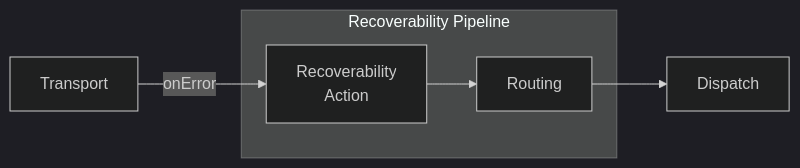
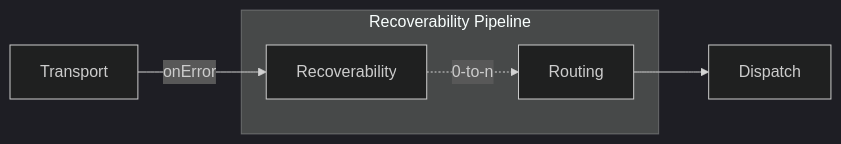
One commit to Particular/docs.particular.net changed the third of 6 diagrams in nservicebus/pipeline/steps-stages-connectors_extra_core_[6.0,).partial.md. Above: the diagram before and after it, drawn with Mermaid (dark theme). The commit also changed 1 other file, not shown here.

````diff
--- a/nservicebus/pipeline/steps-stages-connectors_extra_core_[6.0,).partial.md
+++ b/nservicebus/pipeline/steps-stages-connectors_extra_core_[6.0,).partial.md
@@ -123,20 +123,20 @@
 ``` mermaid
 graph LR
 
 Transport[Transport]
 
 subgraph Recoverability Pipeline
 
-TR[Recoverability<br>Action]
+TR[Recoverability]
 RR[Routing]
 
 end
 
 Transport -- onError --> TR
-TR --> RR
+TR -. 0-to-n .-> RR
 RR --> Dispatch
 
 
 click RR "/nservicebus/recoverability"
 click Transport "/transports/"
 ```
````
